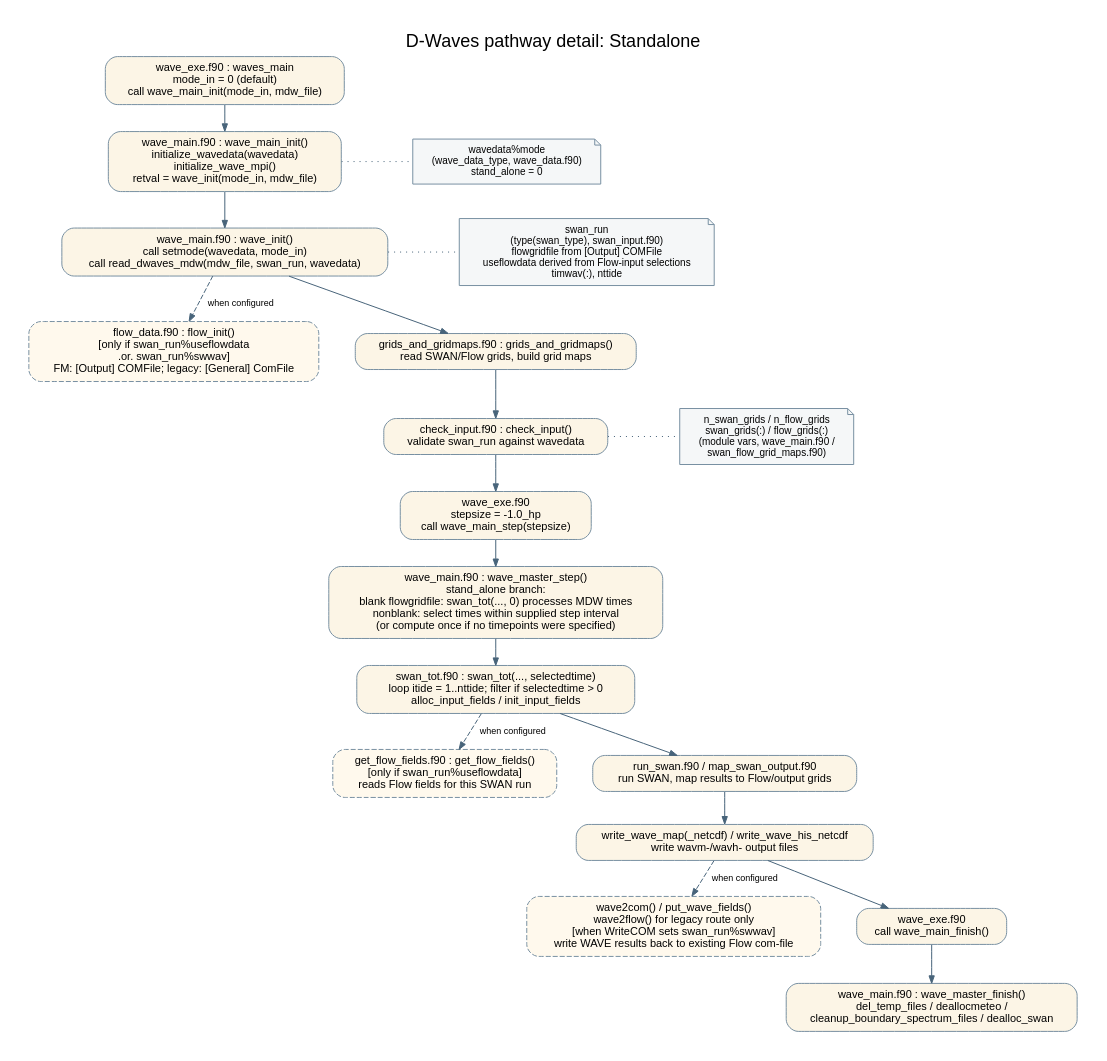
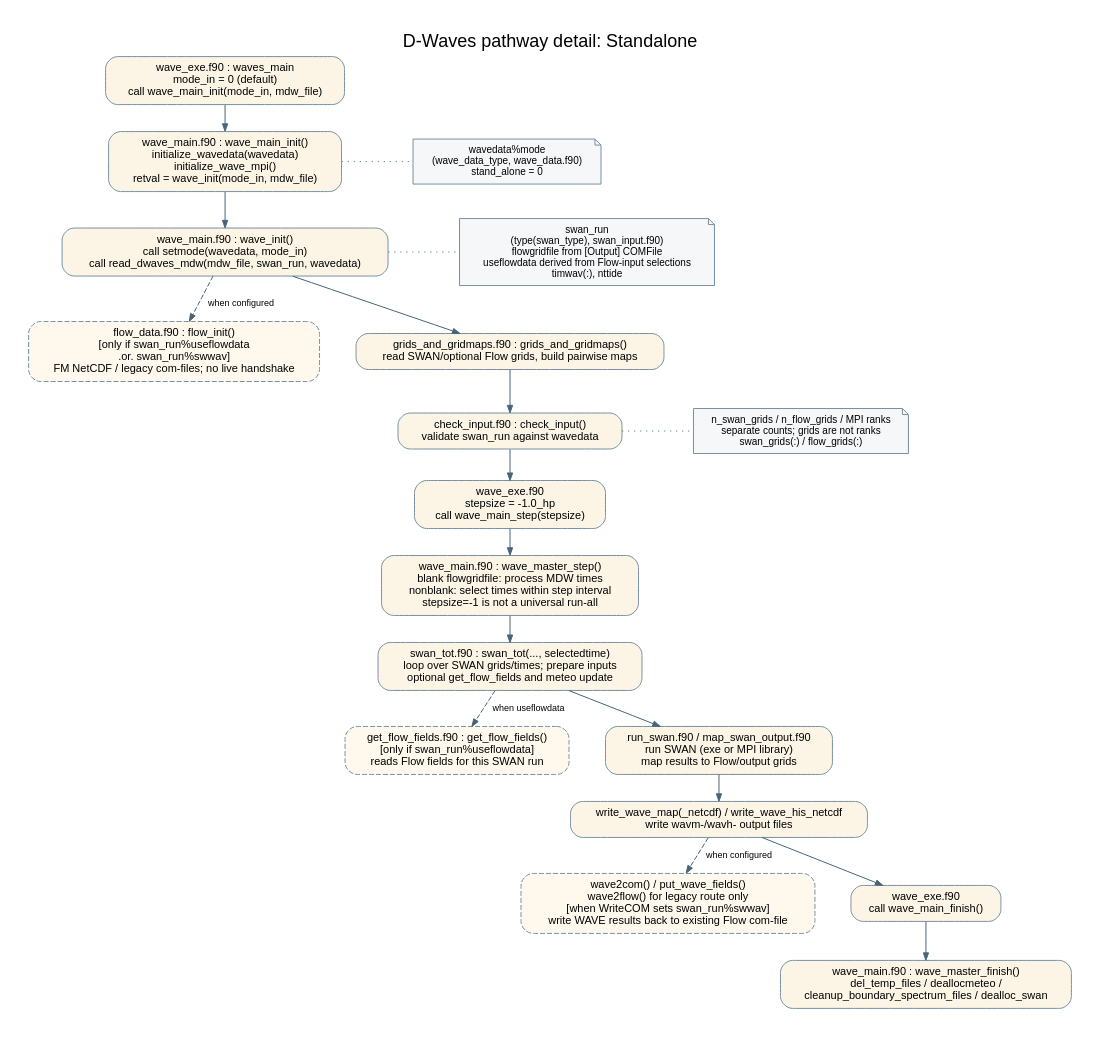
Before and after one commit to Deltares/Delft3D: the diagram in src/engines_gpl/wave/docs/include/dwaves_pathway_standalone_detailed.dot, drawn with Graphviz. The commit also changed 9 other files, not shown here.

```diff
--- a/src/engines_gpl/wave/docs/include/dwaves_pathway_standalone_detailed.dot
+++ b/src/engines_gpl/wave/docs/include/dwaves_pathway_standalone_detailed.dot
@@ -1,54 +1,54 @@
 digraph dwaves_pathway_standalone {
     graph [
         label="D-Waves pathway detail: Standalone",
         labelloc=t,
         fontsize=18,
         fontname="Helvetica",
         rankdir=TB,
         nodesep=0.5,
         ranksep=0.35,
         pad=0.3,
         bgcolor="white"
     ];
     node [fontname="Helvetica", fontsize=11, margin="0.15,0.09"];
     edge [fontname="Helvetica", fontsize=9, color="#48647A", arrowsize=0.75];
 
     node [shape=box, style="rounded,filled", fillcolor="#FCF5E6", color="#7890A2"];
     exe [label="wave_exe.f90 : waves_main\nmode_in = 0 (default)\ncall wave_main_init(mode_in, mdw_file)"];
     main_init [label="wave_main.f90 : wave_main_init()\ninitialize_wavedata(wavedata)\ninitialize_wave_mpi()\nretval = wave_init(mode_in, mdw_file)"];
     wave_init [label="wave_main.f90 : wave_init()\ncall setmode(wavedata, mode_in)\ncall read_dwaves_mdw(mdw_file, swan_run, wavedata)"];
-    flow_init_opt [label="flow_data.f90 : flow_init()\n[only if swan_run%useflowdata\n.or. swan_run%swwav]\nFM: [Output] COMFile; legacy: [General] ComFile", style="rounded,filled,dashed", fillcolor="#FFF9ED"];
-    grids [label="grids_and_gridmaps.f90 : grids_and_gridmaps()\nread SWAN/Flow grids, build grid maps"];
+    flow_init_opt [label="flow_data.f90 : flow_init()\n[only if swan_run%useflowdata\n.or. swan_run%swwav]\nFM NetCDF / legacy com-files; no live handshake", style="rounded,filled,dashed", fillcolor="#FFF9ED"];
+    grids [label="grids_and_gridmaps.f90 : grids_and_gridmaps()\nread SWAN/optional Flow grids, build pairwise maps"];
     check [label="check_input.f90 : check_input()\nvalidate swan_run against wavedata"];
     main_step [label="wave_exe.f90\nstepsize = -1.0_hp\ncall wave_main_step(stepsize)"];
-    master_step [label="wave_main.f90 : wave_master_step()\nstand_alone branch:\nblank flowgridfile: swan_tot(..., 0) processes MDW times\nnonblank: select times within supplied step interval\n(or compute once if no timepoints were specified)"];
-    swan_tot [label="swan_tot.f90 : swan_tot(..., selectedtime)\nloop itide = 1..nttide; filter if selectedtime > 0\nalloc_input_fields / init_input_fields"];
+    master_step [label="wave_main.f90 : wave_master_step()\nblank flowgridfile: process MDW times\nnonblank: select times within step interval\nstepsize=-1 is not a universal run-all"];
+    swan_tot [label="swan_tot.f90 : swan_tot(..., selectedtime)\nloop over SWAN grids/times; prepare inputs\noptional get_flow_fields and meteo update"];
     get_flow [label="get_flow_fields.f90 : get_flow_fields()\n[only if swan_run%useflowdata]\nreads Flow fields for this SWAN run", style="rounded,filled,dashed", fillcolor="#FFF9ED"];
-    run_swan [label="run_swan.f90 / map_swan_output.f90\nrun SWAN, map results to Flow/output grids"];
+    run_swan [label="run_swan.f90 / map_swan_output.f90\nrun SWAN (exe or MPI library)\nmap results to Flow/output grids"];
     write_out [label="write_wave_map(_netcdf) / write_wave_his_netcdf\nwrite wavm-/wavh- output files"];
     put_back [label="wave2com() / put_wave_fields()\nwave2flow() for legacy route only\n[when WriteCOM sets swan_run%swwav]\nwrite WAVE results back to existing Flow com-file", style="rounded,filled,dashed", fillcolor="#FFF9ED"];
     main_finish [label="wave_exe.f90\ncall wave_main_finish()"];
     master_finish [label="wave_main.f90 : wave_master_finish()\ndel_temp_files / deallocmeteo /\ncleanup_boundary_spectrum_files / dealloc_swan"];
 
     exe -> main_init -> wave_init;
     wave_init -> flow_init_opt [style=dashed, label="when configured"];
     wave_init -> grids -> check;
     check -> main_step -> master_step -> swan_tot;
-    swan_tot -> get_flow [style=dashed, label="when configured"];
+    swan_tot -> get_flow [style=dashed, label="when useflowdata"];
     swan_tot -> run_swan -> write_out;
     write_out -> put_back [style=dashed, label="when configured"];
     write_out -> main_finish -> master_finish;
     { rank=same; flow_init_opt; grids; }
 
     node [shape=note, style=filled, fillcolor="#F5F7F8", color="#7890A2", fontsize=10];
     st_mode [label="wavedata%mode\n(wave_data_type, wave_data.f90)\nstand_alone = 0"];
     st_swanrun [label="swan_run\n(type(swan_type), swan_input.f90)\nflowgridfile from [Output] COMFile\nuseflowdata derived from Flow-input selections\ntimwav(:), nttide"];
-    st_counts [label="n_swan_grids / n_flow_grids\nswan_grids(:) / flow_grids(:)\n(module vars, wave_main.f90 /\nswan_flow_grid_maps.f90)"];
+    st_counts [label="n_swan_grids / n_flow_grids / MPI ranks\nseparate counts; grids are not ranks\nswan_grids(:) / flow_grids(:)"];
 
     { rank=same; main_init; st_mode; }
     { rank=same; wave_init; st_swanrun; }
     { rank=same; check; st_counts; }
     main_init -> st_mode [style=dotted, arrowhead=none, constraint=false];
     wave_init -> st_swanrun [style=dotted, arrowhead=none, constraint=false];
     check -> st_counts [style=dotted, arrowhead=none, constraint=false];
 }
```
